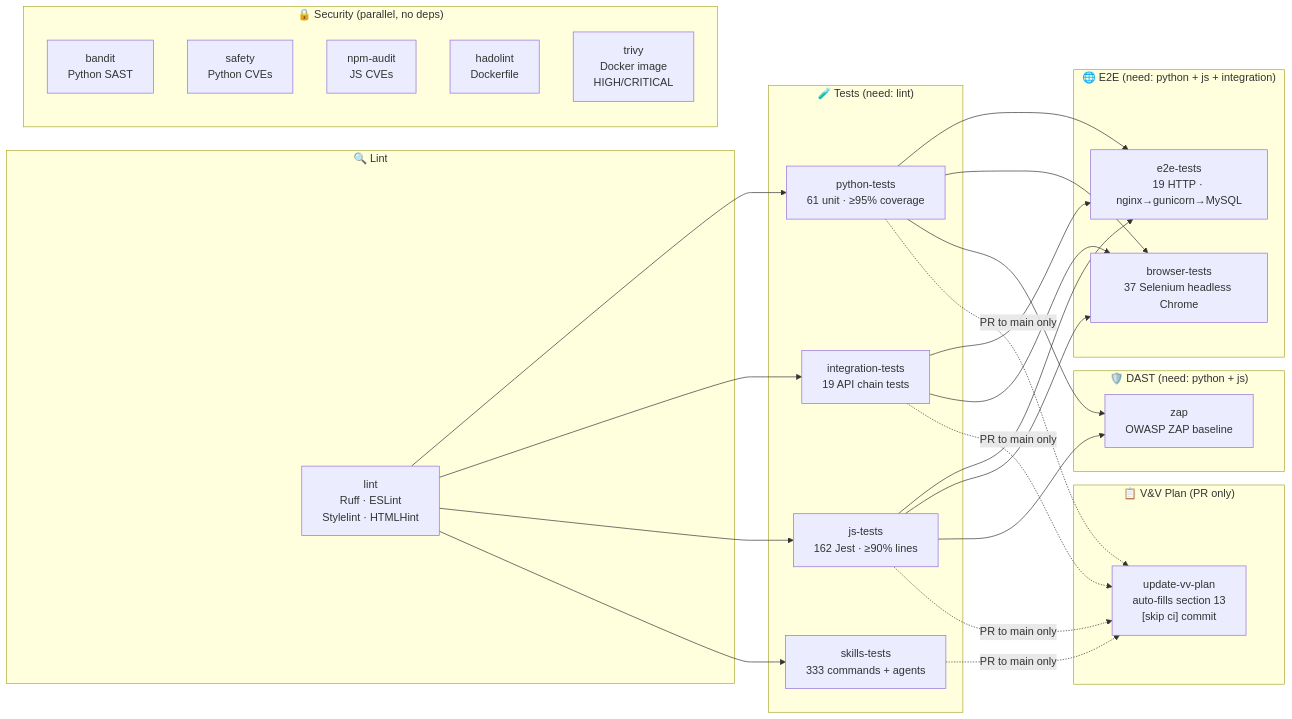
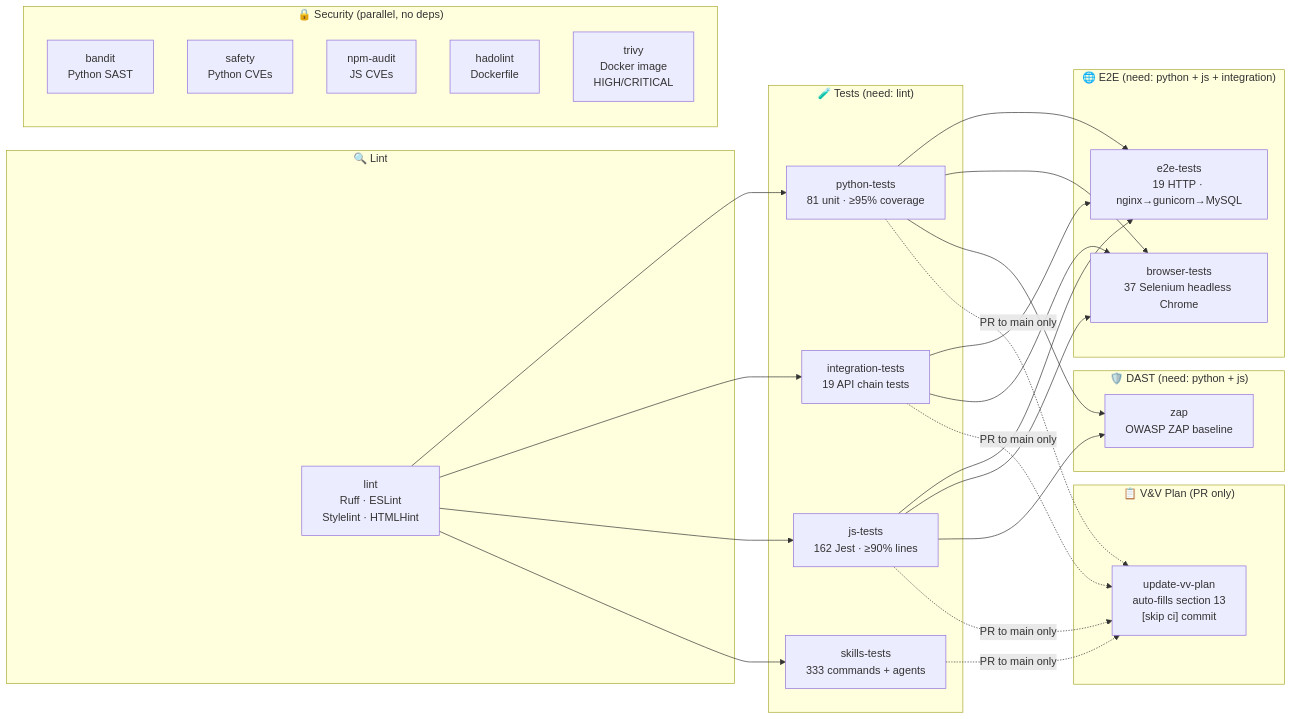
The fifth of 7 diagrams in README.md (mgmarques/radiocalico), drawn with Mermaid before and after one commit. The commit also changed other lines of this file and 108 other files, not shown here.

````diff
--- a/README.md
+++ b/README.md
@@ -516,51 +524,51 @@
 ```mermaid
 graph LR
     subgraph Lint["🔍 Lint"]
         lint["lint\nRuff · ESLint\nStylelint · HTMLHint"]
     end
 
     subgraph Tests["🧪 Tests (need: lint)"]
-        python["python-tests\n61 unit · ≥95% coverage"]
+        python["python-tests\n81 unit · ≥95% coverage"]
         integration["integration-tests\n19 API chain tests"]
         js["js-tests\n162 Jest · ≥90% lines"]
         skills["skills-tests\n333 commands + agents"]
     end
 
     subgraph E2E["🌐 E2E (need: python + js + integration)"]
         e2e["e2e-tests\n19 HTTP · nginx→gunicorn→MySQL"]
         browser["browser-tests\n37 Selenium headless Chrome"]
     end
 
     subgraph DAST["🛡️ DAST (need: python + js)"]
         zap["zap\nOWASP ZAP baseline"]
     end
 
     subgraph Security["🔒 Security (parallel, no deps)"]
         bandit["bandit\nPython SAST"]
         safety["safety\nPython CVEs"]
         npm_audit["npm-audit\nJS CVEs"]
         hadolint["hadolint\nDockerfile"]
         trivy["trivy\nDocker image\nHIGH/CRITICAL"]
     end
 
     subgraph VVPlan["📋 V&V Plan (PR only)"]
         vv["update-vv-plan\nauto-fills section 13\n[skip ci] commit"]
     end
 
     lint --> python
     lint --> integration
     lint --> js
     lint --> skills
     python --> e2e
     js --> e2e
     integration --> e2e
     python --> browser
     js --> browser
     integration --> browser
     python --> zap
     js --> zap
     python -.->|"PR to main only"| vv
     js -.->|"PR to main only"| vv
     integration -.->|"PR to main only"| vv
     skills -.->|"PR to main only"| vv
 ```
````
